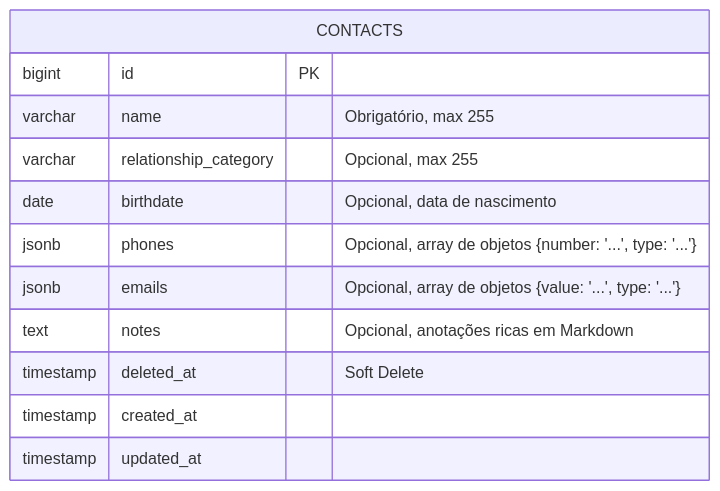
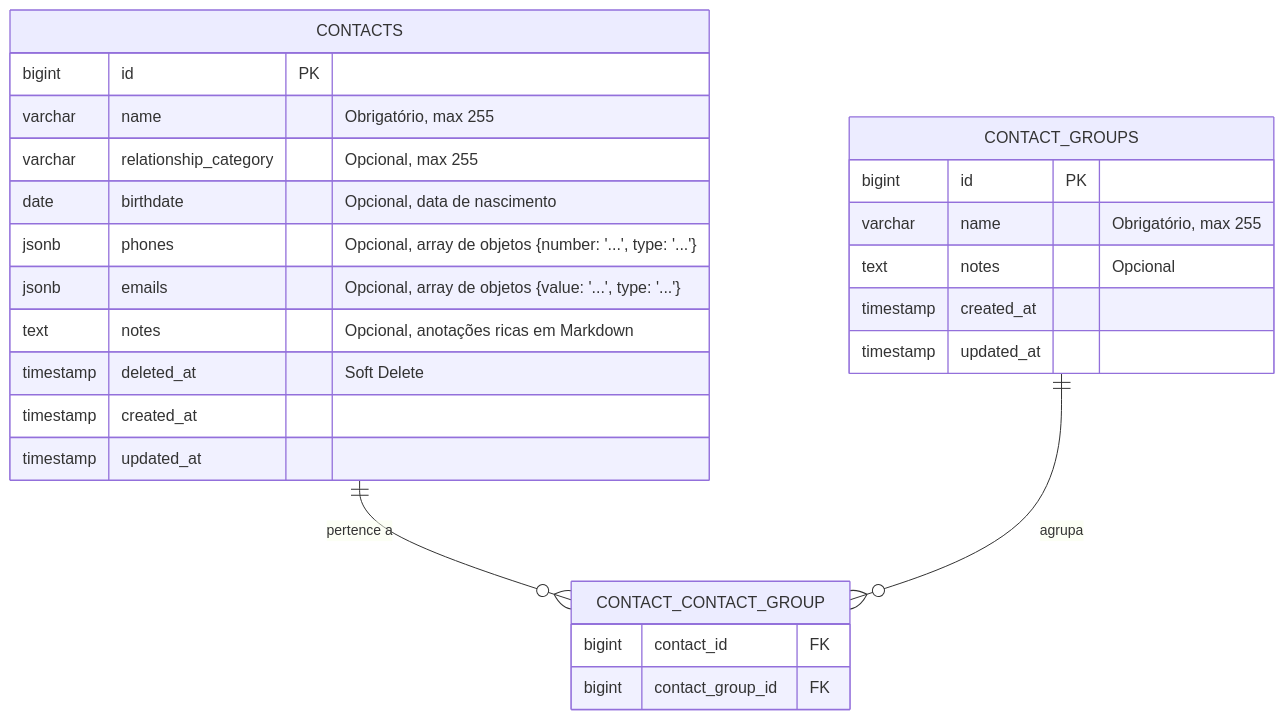
Before and after one commit to ArthurWillers/james: the diagram in docs/content/docs/modulos/contatos/_index.md, drawn with Mermaid. The commit also changed other lines of this file and 16 other files, not shown here.

````diff
--- a/docs/content/docs/modulos/contatos/_index.md
+++ b/docs/content/docs/modulos/contatos/_index.md
@@ -18,15 +18,31 @@
 ```mermaid
 erDiagram
+    CONTACTS ||--o{ CONTACT_CONTACT_GROUP : "pertence a"
+    CONTACT_GROUPS ||--o{ CONTACT_CONTACT_GROUP : "agrupa"
+
     CONTACTS {
         bigint id PK
         varchar name "Obrigatório, max 255"
         varchar relationship_category "Opcional, max 255"
         date birthdate "Opcional, data de nascimento"
         jsonb phones "Opcional, array de objetos {number: '...', type: '...'}"
         jsonb emails "Opcional, array de objetos {value: '...', type: '...'}"
         text notes "Opcional, anotações ricas em Markdown"
         timestamp deleted_at "Soft Delete"
         timestamp created_at
         timestamp updated_at
     }
+
+    CONTACT_GROUPS {
+        bigint id PK
+        varchar name "Obrigatório, max 255"
+        text notes "Opcional"
+        timestamp created_at
+        timestamp updated_at
+    }
+
+    CONTACT_CONTACT_GROUP {
+        bigint contact_id FK
+        bigint contact_group_id FK
+    }
 ```
````
